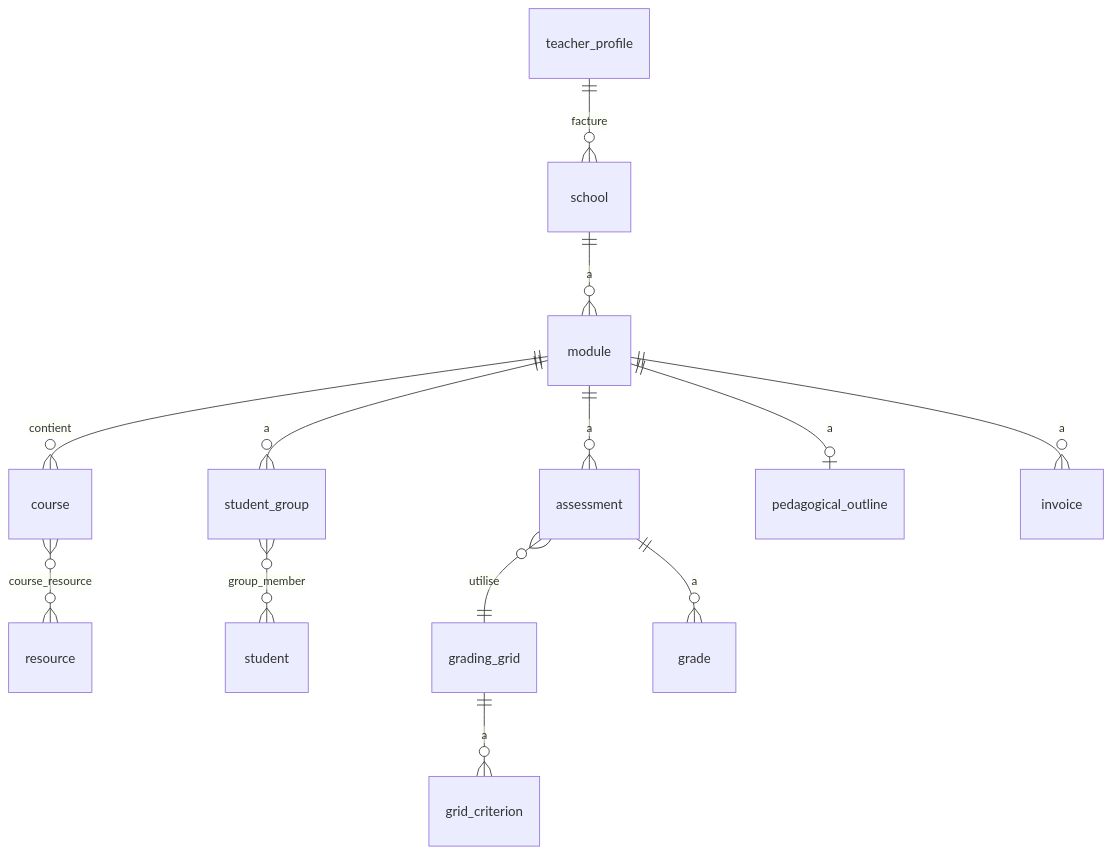
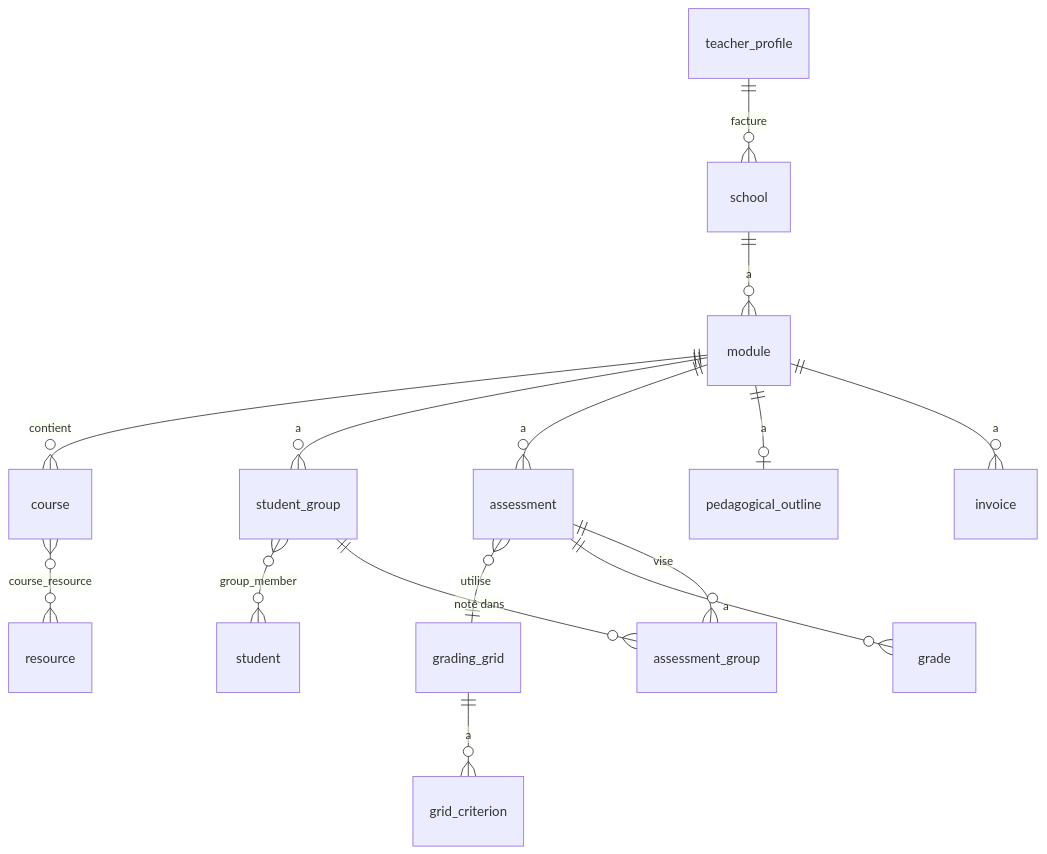
One commit to mariegautron/mg-cours changed the diagram in docs/DATA-MODEL.md. Above: the diagram before and after it, drawn with Mermaid. The commit also changed other lines of this file and 18 other files, not shown here.

````diff
--- a/docs/DATA-MODEL.md
+++ b/docs/DATA-MODEL.md
@@ -14,15 +14,17 @@
 ```mermaid
 erDiagram
   school ||--o{ module : "a"
   module ||--o{ course : "contient"
   course }o--o{ resource : "course_resource"
   module ||--o{ student_group : "a"
   student_group }o--o{ student : "group_member"
   module ||--o{ assessment : "a"
   assessment }o--|| grading_grid : "utilise"
   grading_grid ||--o{ grid_criterion : "a"
   assessment ||--o{ grade : "a"
+  assessment ||--o{ assessment_group : "vise"
+  student_group ||--o{ assessment_group : "noté dans"
   module ||--o| pedagogical_outline : "a"
   module ||--o{ invoice : "a"
   teacher_profile ||--o{ school : "facture"
 ```
````
